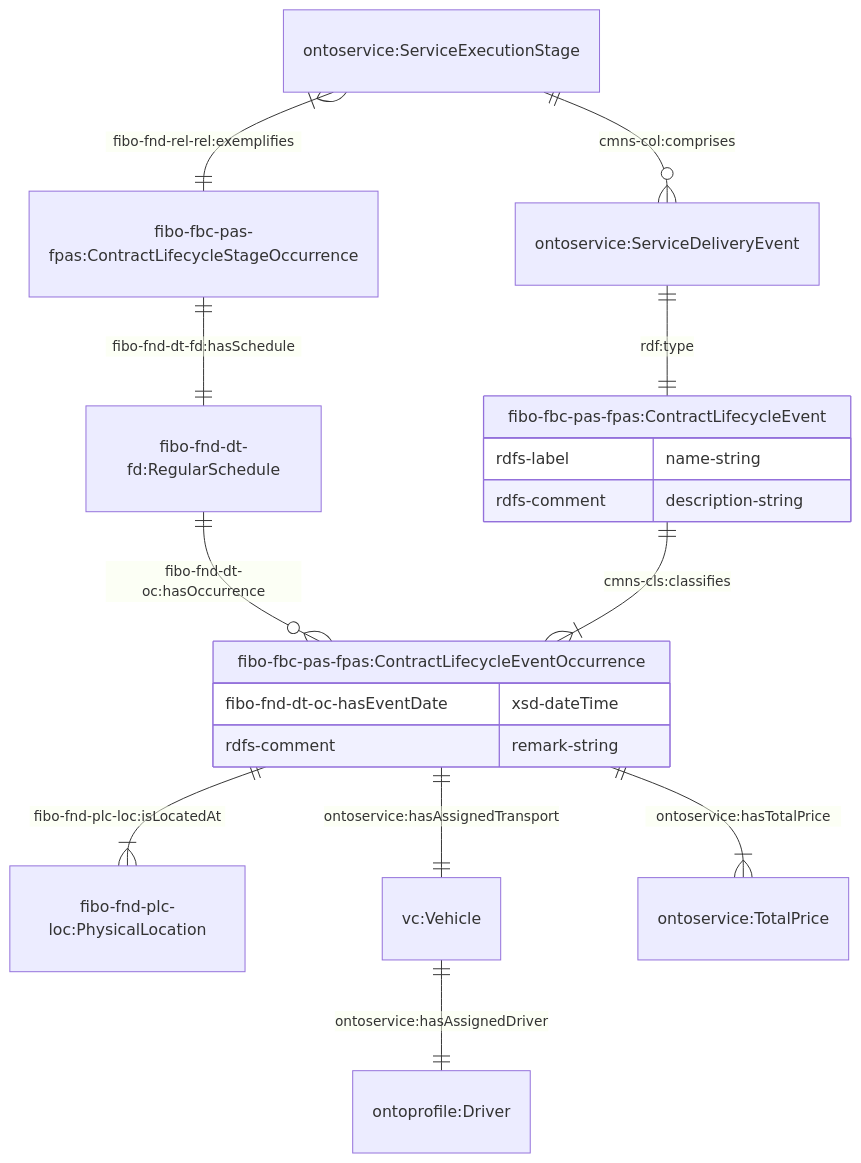
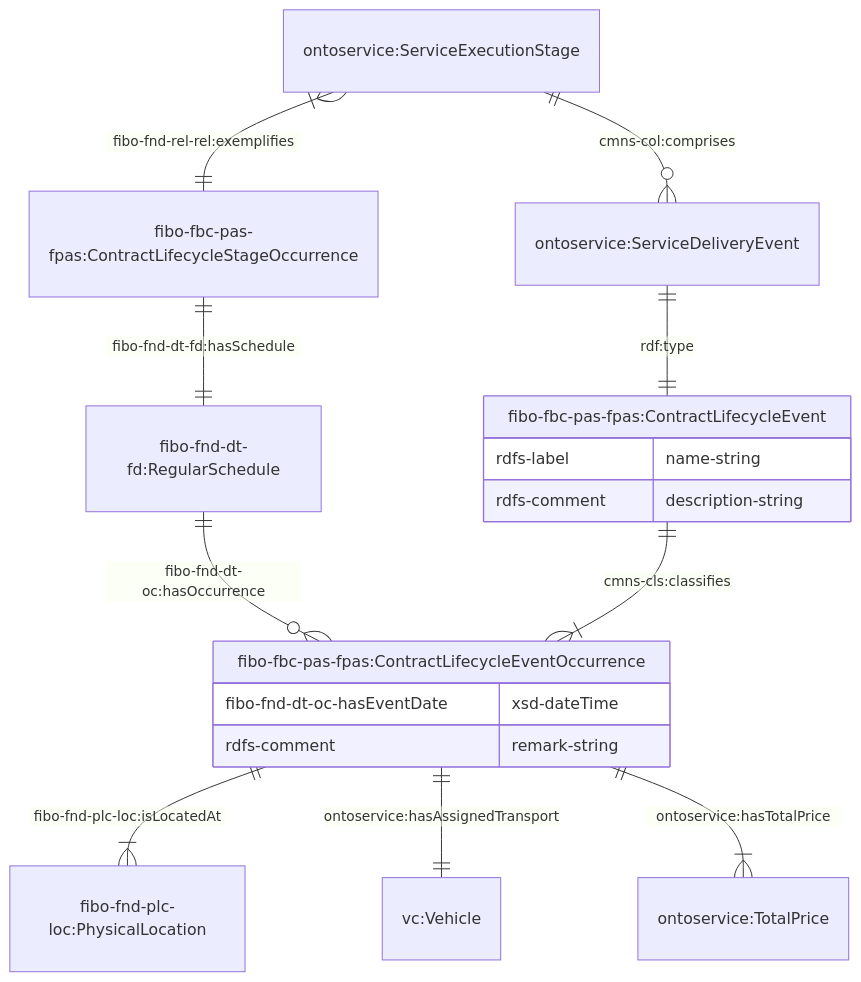
One commit to cambridge-cares/TheWorldAvatar changed the seventh of 8 diagrams in JPS_Ontology/ontology/ontoservice/README.md. Above: the diagram before and after it, drawn with Mermaid. The commit also changed 6 other files, not shown here.

Commit message:
dev-service-execution-ontology-extension: update relations between the driver and their vehicle to include time and working hours

````diff
--- a/JPS_Ontology/ontology/ontoservice/README.md
+++ b/JPS_Ontology/ontology/ontoservice/README.md
@@ -329,23 +329,22 @@
 ```mermaid
     erDiagram
     "ontoservice:ServiceExecutionStage" }|--|| "fibo-fbc-pas-fpas:ContractLifecycleStageOccurrence" : "fibo-fnd-rel-rel:exemplifies"
     "fibo-fbc-pas-fpas:ContractLifecycleStageOccurrence" ||--|| "fibo-fnd-dt-fd:RegularSchedule" : "fibo-fnd-dt-fd:hasSchedule"
     "fibo-fnd-dt-fd:RegularSchedule" ||--o{ "fibo-fbc-pas-fpas:ContractLifecycleEventOccurrence" : "fibo-fnd-dt-oc:hasOccurrence"
 
     "ontoservice:ServiceExecutionStage" ||--o{ "ontoservice:ServiceDeliveryEvent" : "cmns-col:comprises"
     "ontoservice:ServiceDeliveryEvent" ||--|| "fibo-fbc-pas-fpas:ContractLifecycleEvent" : "rdf:type"
     "fibo-fbc-pas-fpas:ContractLifecycleEvent" {
         rdfs-label name-string
         rdfs-comment description-string
     }
 
     "fibo-fbc-pas-fpas:ContractLifecycleEvent" ||--|{ "fibo-fbc-pas-fpas:ContractLifecycleEventOccurrence" : "cmns-cls:classifies"
     "fibo-fbc-pas-fpas:ContractLifecycleEventOccurrence" ||--|{ "fibo-fnd-plc-loc:PhysicalLocation" : "fibo-fnd-plc-loc:isLocatedAt"
     "fibo-fbc-pas-fpas:ContractLifecycleEventOccurrence" ||--|| "vc:Vehicle" : "ontoservice:hasAssignedTransport"
-    "vc:Vehicle" ||--|| "ontoprofile:Driver" : "ontoservice:hasAssignedDriver"
     "fibo-fbc-pas-fpas:ContractLifecycleEventOccurrence" ||--|{ "ontoservice:TotalPrice" : "ontoservice:hasTotalPrice"
     "fibo-fbc-pas-fpas:ContractLifecycleEventOccurrence" {
         fibo-fnd-dt-oc-hasEventDate xsd-dateTime
         rdfs-comment remark-string
     }
 ```
````
